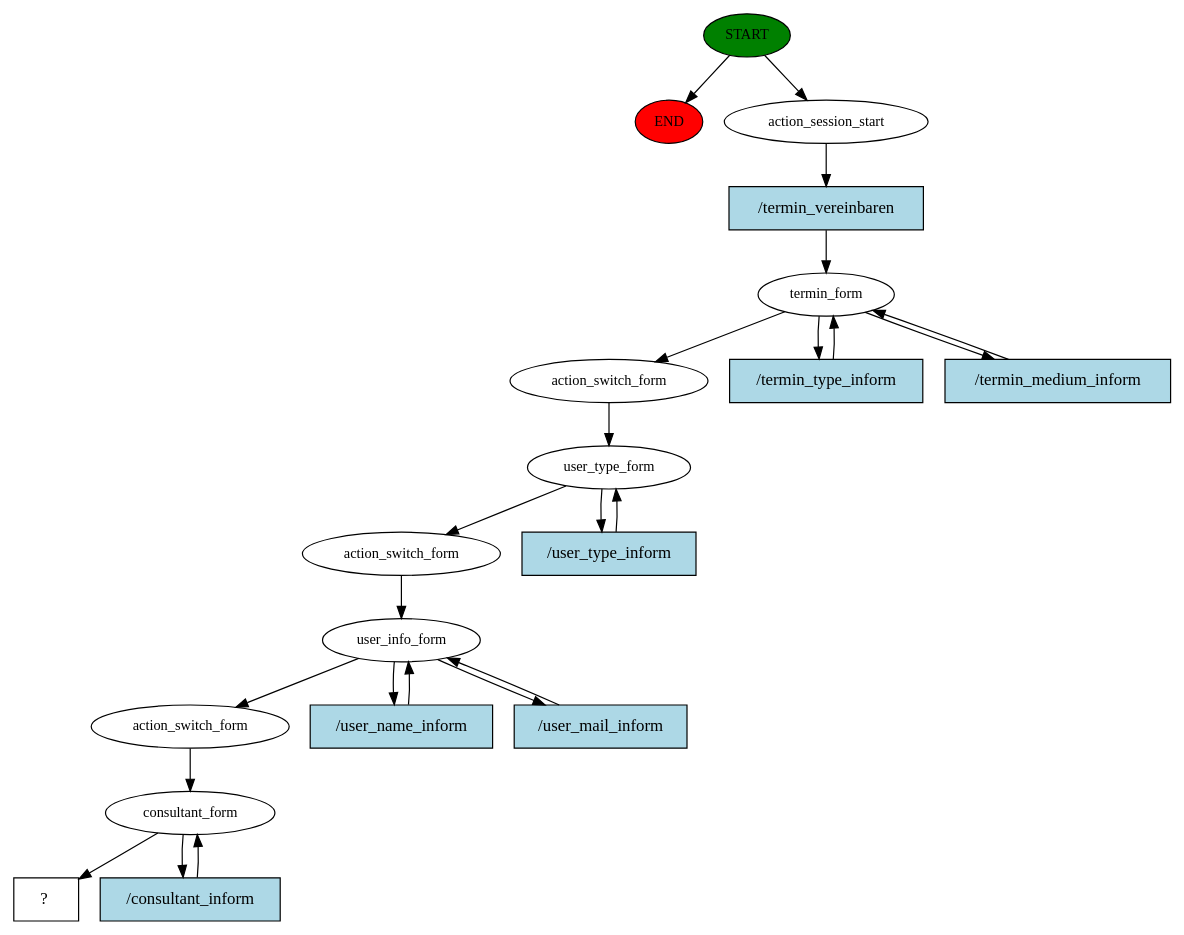
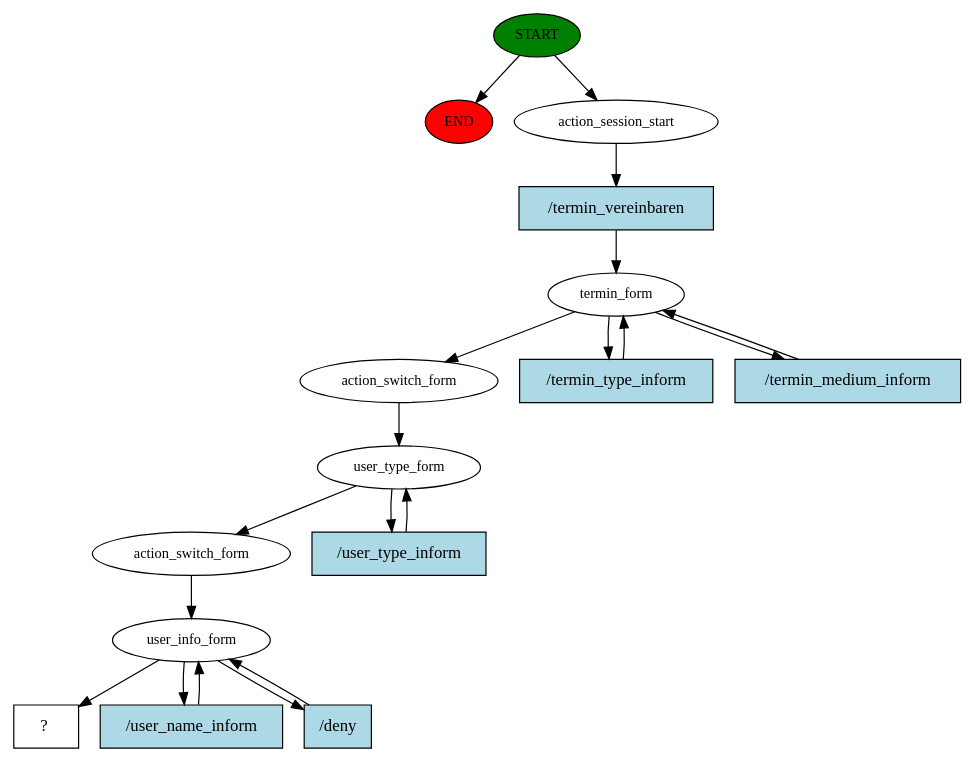
The diagram in bot-pilot-chat/backend/rasa-actions/story_graph.dot (normanboettcher/BotPilot), drawn with Graphviz before and after one commit. The commit also changed 5 other files, not shown here.

```diff
--- a/bot-pilot-chat/backend/rasa-actions/story_graph.dot
+++ b/bot-pilot-chat/backend/rasa-actions/story_graph.dot
@@ -1,43 +1,36 @@
 digraph  {
 0 [class="start active", fillcolor=green, fontsize=12, label=START, style=filled];
 "-1" [class=end, fillcolor=red, fontsize=12, label=END, style=filled];
 1 [class=active, fontsize=12, label=action_session_start];
 2 [class=active, fontsize=12, label=termin_form];
 5 [class=active, fontsize=12, label=action_switch_form];
 6 [class=active, fontsize=12, label=user_type_form];
 8 [class=active, fontsize=12, label=action_switch_form];
 9 [class=active, fontsize=12, label=user_info_form];
-12 [class=active, fontsize=12, label=action_switch_form];
-13 [class=active, fontsize=12, label=consultant_form];
-15 [class="intent dashed active", label="  ?  ", shape=rect];
-16 [class="intent active", fillcolor=lightblue, label="/termin_vereinbaren", shape=rect, style=filled];
-17 [class="intent active", fillcolor=lightblue, label="/termin_type_inform", shape=rect, style=filled];
-18 [class="intent active", fillcolor=lightblue, label="/termin_medium_inform", shape=rect, style=filled];
-19 [class="intent active", fillcolor=lightblue, label="/user_type_inform", shape=rect, style=filled];
-20 [class="intent active", fillcolor=lightblue, label="/user_name_inform", shape=rect, style=filled];
-21 [class="intent active", fillcolor=lightblue, label="/user_mail_inform", shape=rect, style=filled];
-22 [class="intent active", fillcolor=lightblue, label="/consultant_inform", shape=rect, style=filled];
+12 [class="intent dashed active", label="  ?  ", shape=rect];
+13 [class="intent active", fillcolor=lightblue, label="/termin_vereinbaren", shape=rect, style=filled];
+14 [class="intent active", fillcolor=lightblue, label="/termin_type_inform", shape=rect, style=filled];
+15 [class="intent active", fillcolor=lightblue, label="/termin_medium_inform", shape=rect, style=filled];
+16 [class="intent active", fillcolor=lightblue, label="/user_type_inform", shape=rect, style=filled];
+17 [class="intent active", fillcolor=lightblue, label="/user_name_inform", shape=rect, style=filled];
+18 [class="intent active", fillcolor=lightblue, label="/deny", shape=rect, style=filled];
 0 -> "-1"  [class="", key=NONE, label=""];
 0 -> 1  [class=active, key=NONE, label=""];
-1 -> 16  [class=active, key=0];
+1 -> 13  [class=active, key=0];
 2 -> 5  [class=active, key=NONE, label=""];
-2 -> 17  [class=active, key=0];
-2 -> 18  [class=active, key=0];
+2 -> 14  [class=active, key=0];
+2 -> 15  [class=active, key=0];
 5 -> 6  [class=active, key=NONE, label=""];
 6 -> 8  [class=active, key=NONE, label=""];
-6 -> 19  [class=active, key=0];
+6 -> 16  [class=active, key=0];
 8 -> 9  [class=active, key=NONE, label=""];
 9 -> 12  [class=active, key=NONE, label=""];
-9 -> 20  [class=active, key=0];
-9 -> 21  [class=active, key=0];
-12 -> 13  [class=active, key=NONE, label=""];
-13 -> 15  [class=active, key=NONE, label=""];
-13 -> 22  [class=active, key=0];
-16 -> 2  [class=active, key=0];
-17 -> 2  [class=active, key=0];
-18 -> 2  [class=active, key=0];
-19 -> 6  [class=active, key=0];
-20 -> 9  [class=active, key=0];
-21 -> 9  [class=active, key=0];
-22 -> 13  [class=active, key=0];
+9 -> 17  [class=active, key=0];
+9 -> 18  [class=active, key=0];
+13 -> 2  [class=active, key=0];
+14 -> 2  [class=active, key=0];
+15 -> 2  [class=active, key=0];
+16 -> 6  [class=active, key=0];
+17 -> 9  [class=active, key=0];
+18 -> 9  [class=active, key=0];
 }
```
